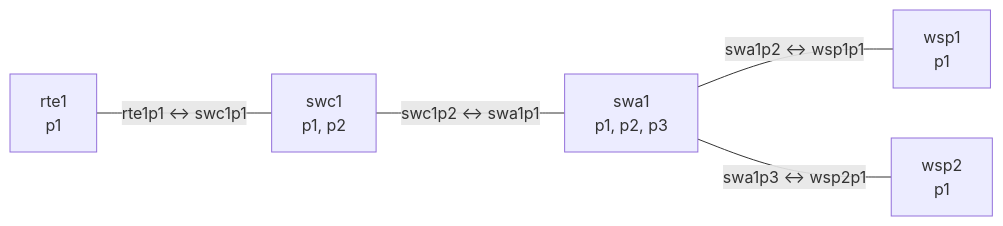
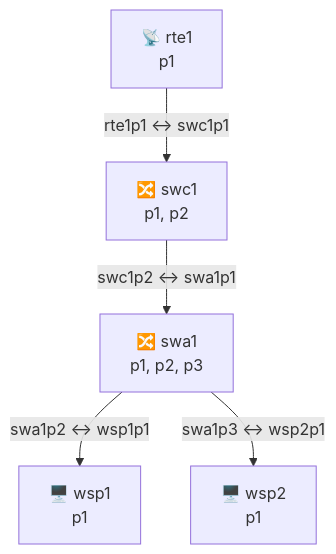
Before and after one commit to MagicJF/NetLabs: the second of 2 diagrams in labs/c_enrutar_y_conmutar/c_enrutar_y_conmutar.md, drawn with Mermaid. The commit also changed other lines of this file and 6 other files, not shown here.

````diff
--- a/labs/c_enrutar_y_conmutar/c_enrutar_y_conmutar.md
+++ b/labs/c_enrutar_y_conmutar/c_enrutar_y_conmutar.md
@@ -30,12 +33,12 @@
 ```mermaid
-flowchart LR
-    n_rte1["rte1<br/>p1"]
-    n_swc1["swc1<br/>p1, p2"]
-    n_swa1["swa1<br/>p1, p2, p3"]
-    n_wsp1["wsp1<br/>p1"]
-    n_wsp2["wsp2<br/>p1"]
-    n_rte1 ---|rte1p1 ↔ swc1p1| n_swc1
-    n_swc1 ---|swc1p2 ↔ swa1p1| n_swa1
-    n_swa1 ---|swa1p2 ↔ wsp1p1| n_wsp1
-    n_swa1 ---|swa1p3 ↔ wsp2p1| n_wsp2
+flowchart TB
+    n_rte1["📡 rte1<br/>p1"]
+    n_swc1["🔀 swc1<br/>p1, p2"]
+    n_swa1["🔀 swa1<br/>p1, p2, p3"]
+    n_wsp1["🖥️ wsp1<br/>p1"]
+    n_wsp2["🖥️ wsp2<br/>p1"]
+    n_rte1 -->|rte1p1 ↔ swc1p1| n_swc1
+    n_swc1 -->|swc1p2 ↔ swa1p1| n_swa1
+    n_swa1 -->|swa1p2 ↔ wsp1p1| n_wsp1
+    n_swa1 -->|swa1p3 ↔ wsp2p1| n_wsp2
 ```
````
